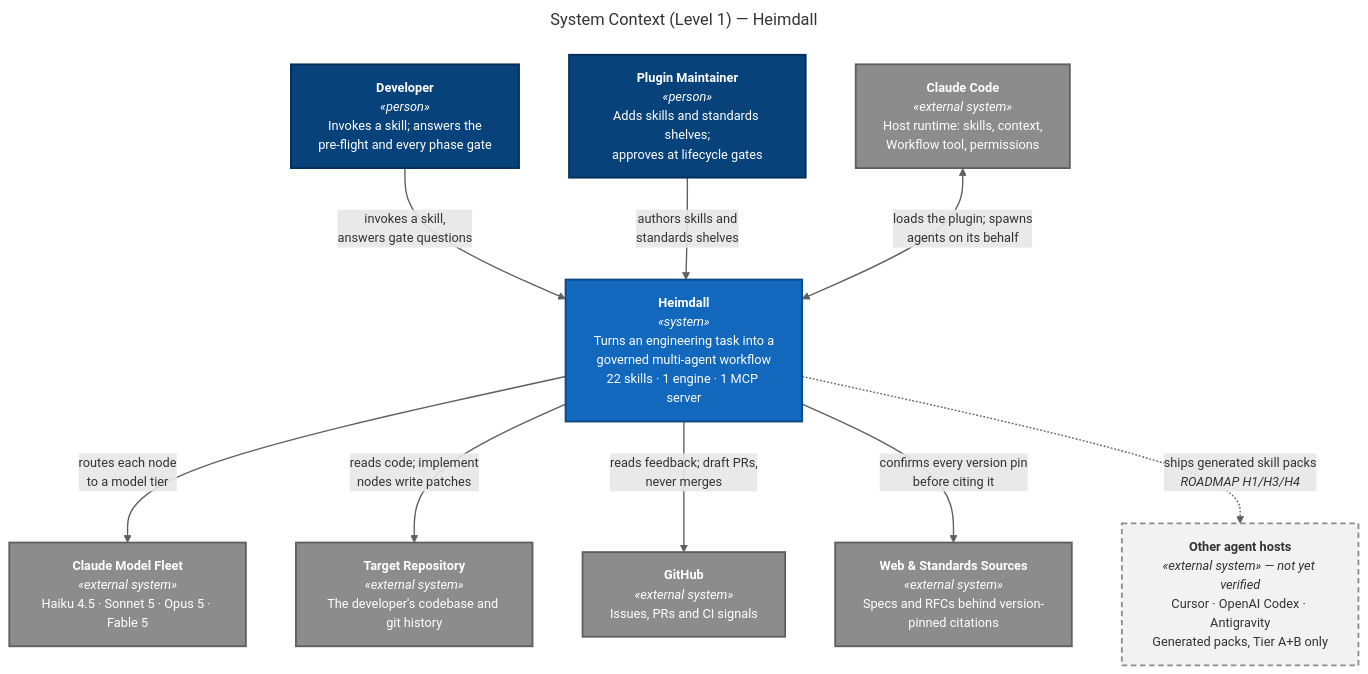
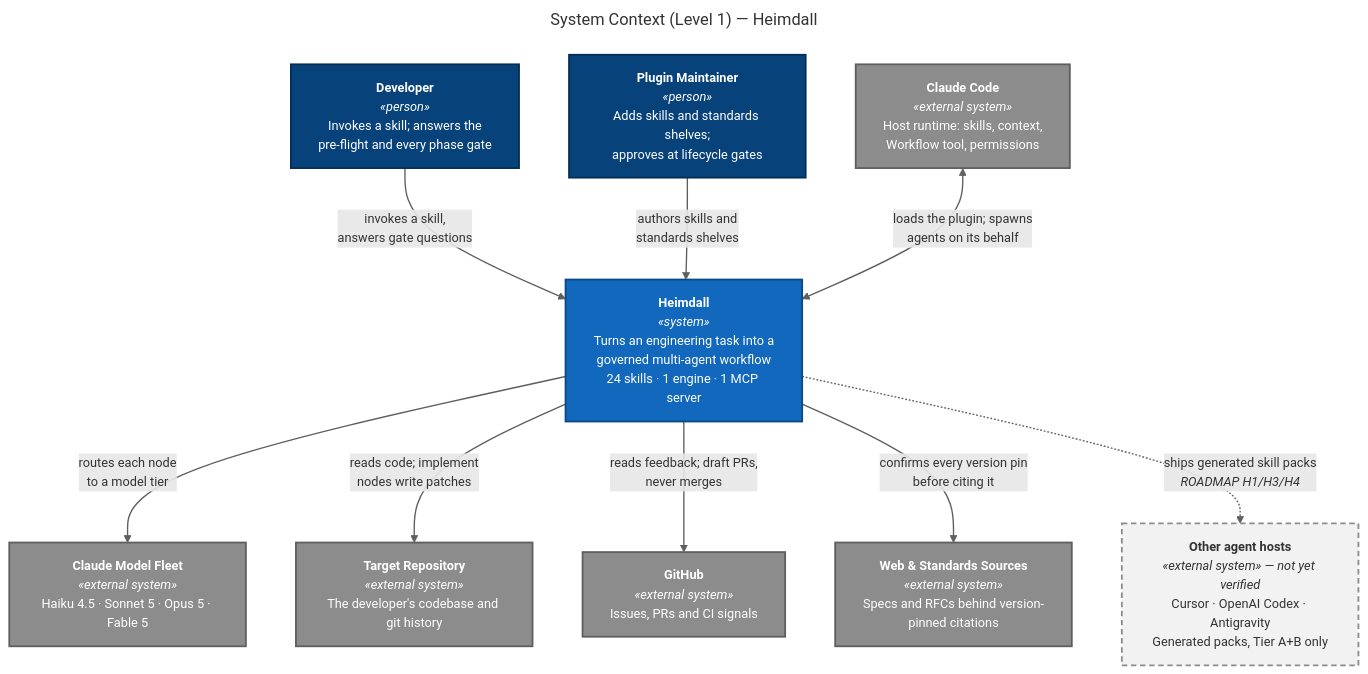
One commit to santapong/Proof changed the diagram in docs/c4/diagrams/src/context.mmd. Above: the diagram before and after it, drawn with Mermaid. The commit also changed 16 other files, not shown here.

First line of the commit message:
Diagrams: redesign skill-composition for the 24-skill fleet; de-stale all sources

```diff
--- a/docs/c4/diagrams/src/context.mmd
+++ b/docs/c4/diagrams/src/context.mmd
@@ -1,35 +1,35 @@
 ---
 title: "System Context (Level 1) — Heimdall"
 ---
 %%{init: {"flowchart": {"curve": "basis", "nodeSpacing": 55, "rankSpacing": 70}, "themeVariables": {"fontFamily": "Segoe UI, Helvetica, Arial, sans-serif", "fontSize": "14px"}}}%%
 flowchart TB
     dev["<b>Developer</b><br/><i>«person»</i><br/>Invokes a skill; answers the<br/>pre-flight and every phase gate"]
     maint["<b>Plugin Maintainer</b><br/><i>«person»</i><br/>Adds skills and standards shelves;<br/>approves at lifecycle gates"]
 
-    heimdall["<b>Heimdall</b><br/><i>«system»</i><br/>Turns an engineering task into a<br/>governed multi-agent workflow<br/>22 skills · 1 engine · 1 MCP server"]
+    heimdall["<b>Heimdall</b><br/><i>«system»</i><br/>Turns an engineering task into a<br/>governed multi-agent workflow<br/>24 skills · 1 engine · 1 MCP server"]
 
     cc["<b>Claude Code</b><br/><i>«external system»</i><br/>Host runtime: skills, context,<br/>Workflow tool, permissions"]
     fleet["<b>Claude Model Fleet</b><br/><i>«external system»</i><br/>Haiku 4.5 · Sonnet 5 · Opus 5 · Fable 5"]
     repo["<b>Target Repository</b><br/><i>«external system»</i><br/>The developer's codebase and git history"]
     forge["<b>GitHub</b><br/><i>«external system»</i><br/>Issues, PRs and CI signals"]
     web["<b>Web &amp; Standards Sources</b><br/><i>«external system»</i><br/>Specs and RFCs behind version-pinned citations"]
     hosts["<b>Other agent hosts</b><br/><i>«external system» — not yet verified</i><br/>Cursor · OpenAI Codex · Antigravity<br/>Generated packs, Tier A+B only"]
 
     dev -- "invokes a skill,<br/>answers gate questions" --> heimdall
     maint -- "authors skills and<br/>standards shelves" --> heimdall
     cc <-- "loads the plugin; spawns<br/>agents on its behalf" --> heimdall
     heimdall -- "routes each node<br/>to a model tier" --> fleet
     heimdall -- "reads code; implement<br/>nodes write patches" --> repo
     heimdall -- "reads feedback; draft PRs,<br/>never merges" --> forge
     heimdall -- "confirms every version pin<br/>before citing it" --> web
     heimdall -. "ships generated skill packs<br/><i>ROADMAP H1/H3/H4</i>" .-> hosts
 
     classDef person fill:#08427B,stroke:#052E56,stroke-width:2px,color:#fff
     classDef system fill:#1168BD,stroke:#0B4884,stroke-width:2px,color:#fff
     classDef ext fill:#8C8C8C,stroke:#5F5F5F,stroke-width:2px,color:#fff
     classDef planned fill:#F2F2F2,stroke:#8C8C8C,stroke-width:2px,stroke-dasharray:6 4,color:#333
     class dev,maint person
     class heimdall system
     class cc,fleet,repo,forge,web ext
     class hosts planned
     linkStyle default stroke:#5F5F5F,stroke-width:1.5px,color:#333
```
